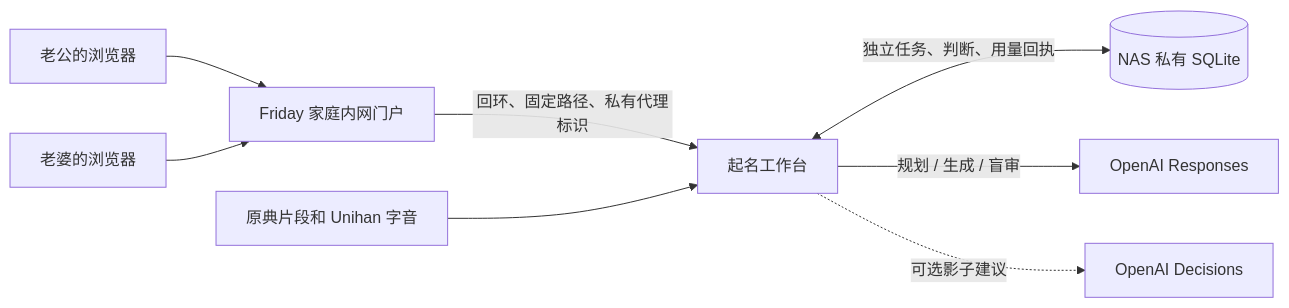
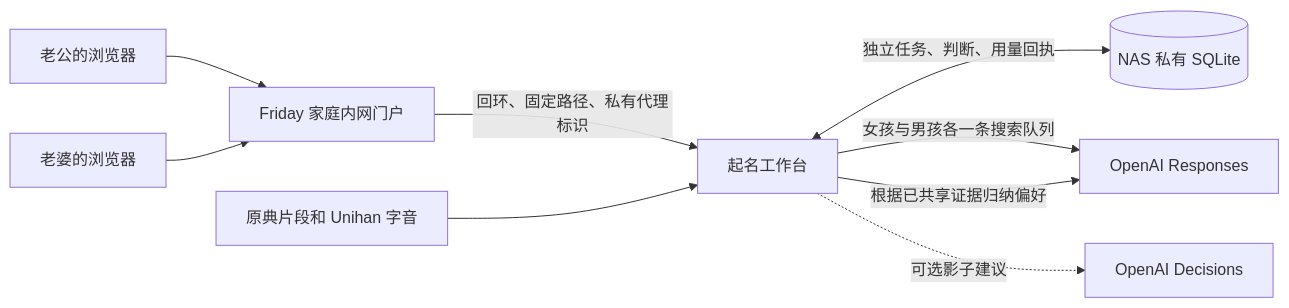
Before and after one commit to Geeprox/Friday: the diagram in docs/baby-naming.md, drawn with Mermaid. The commit also changed other lines of this file and 6 other files, not shown here.

````diff
--- a/docs/baby-naming.md
+++ b/docs/baby-naming.md
@@ -5,10 +5,11 @@
 ```mermaid
 flowchart LR
   H["老公的浏览器"] --> P["Friday 家庭内网门户"]
   W["老婆的浏览器"] --> P
   P -->|"回环、固定路径、私有代理标识"| N["起名工作台"]
   N <-->|"独立任务、判断、用量回执"| DB[("NAS 私有 SQLite")]
-  N -->|"规划 / 生成 / 盲审"| R["OpenAI Responses"]
+  N -->|"女孩与男孩各一条搜索队列"| R["OpenAI Responses"]
+  N -->|"根据已共享证据归纳偏好"| R
   N -.->|"可选影子建议"| D["OpenAI Decisions"]
   C["原典片段和 Unihan 字音"] --> N
 ```
````
